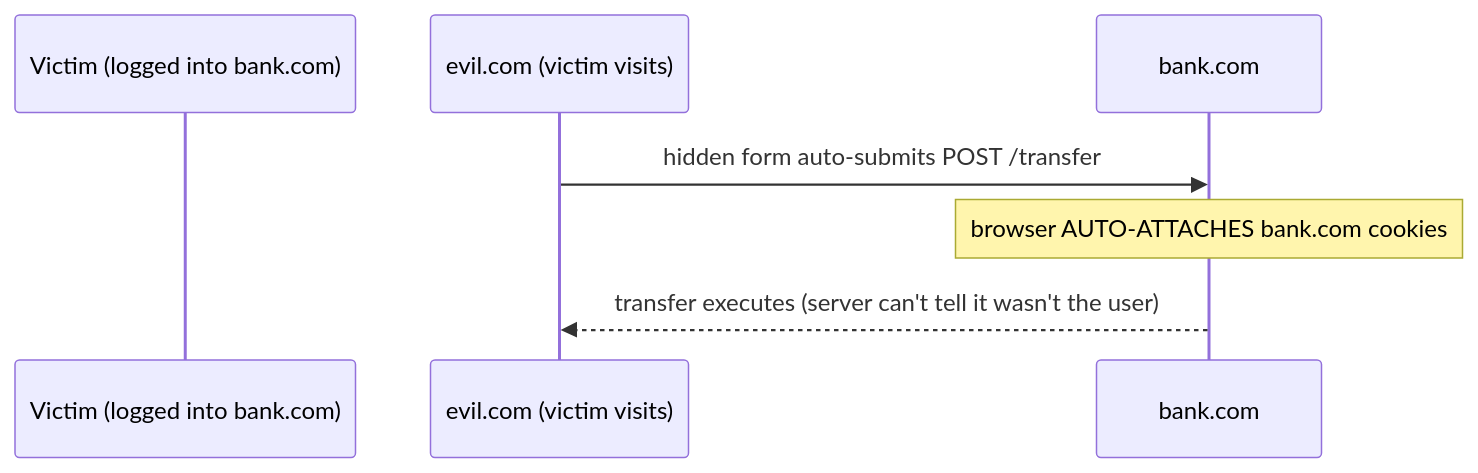
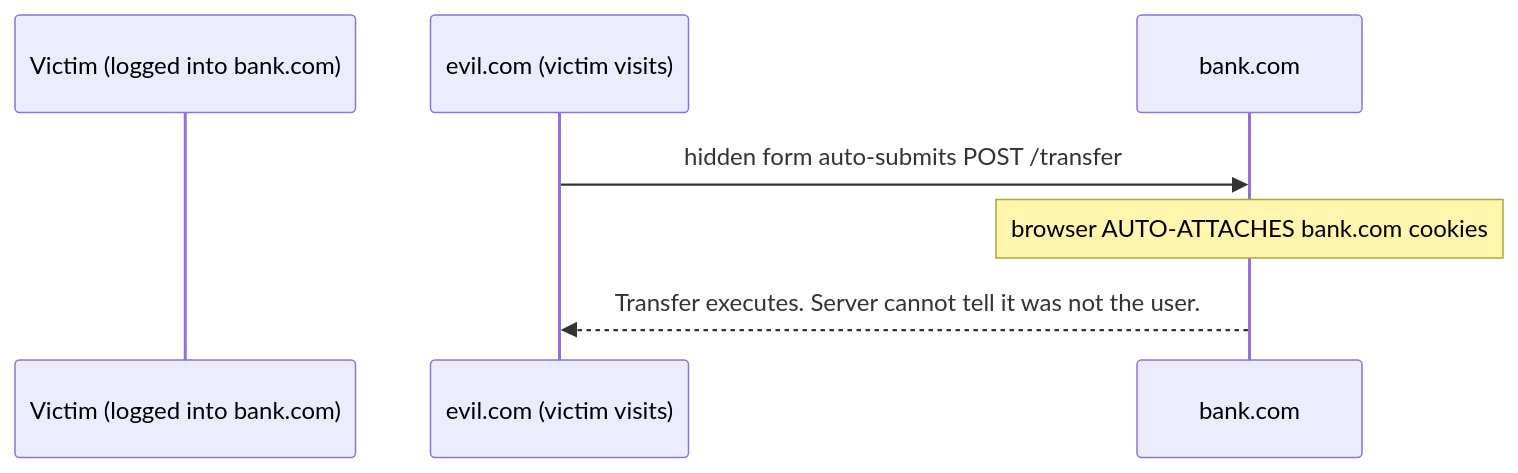
The second of 2 diagrams in packages/content/content/14-web-security.mdx (ashishxcode/frontend-internals), drawn with Mermaid before and after one commit. The commit also changed other lines of this file and 29 other files, not shown here.

Commit message:
rewrite: roadmap engineer-to-engineer + all 34 chapters new spec

````diff
--- a/packages/content/content/14-web-security.mdx
+++ b/packages/content/content/14-web-security.mdx
@@ -91,9 +40,9 @@
 ```mermaid
 sequenceDiagram
   participant V as Victim (logged into bank.com)
   participant E as evil.com (victim visits)
   participant Bk as bank.com
   E->>Bk: hidden form auto-submits POST /transfer
   Note over Bk: browser AUTO-ATTACHES bank.com cookies
-  Bk-->>E: transfer executes (server can't tell it wasn't the user)
+  Bk-->>E: Transfer executes. Server cannot tell it was not the user.
 ```
````
